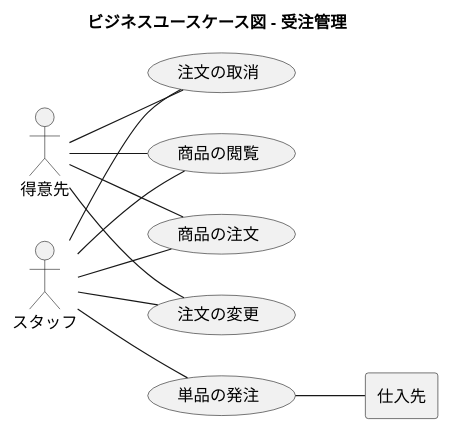
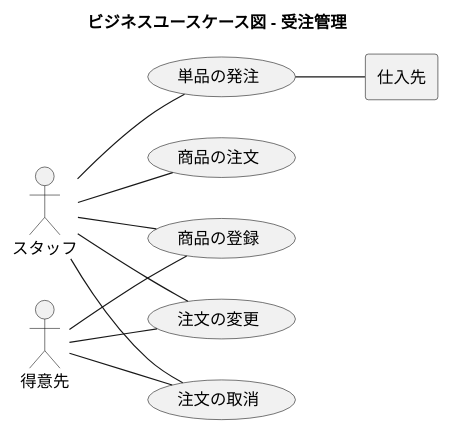
One commit to k2works/application_programing_excercise_2022 changed the sixth of 32 diagrams in docs/index.adoc. Above: the diagram before and after it, drawn with PlantUML. The commit also changed other lines of this file, not shown here.

Commit message:
docs: ユースケース複合図

```diff
--- a/docs/index.adoc
+++ b/docs/index.adoc
@@ -254,35 +254,34 @@
 [plantuml]
 ----
 @startuml
 
 title ビジネスユースケース図 - 受注管理
 
 left to right direction
 
 actor 得意先 as ac_01
 actor スタッフ as ac_02
 agent 仕入先 as ag_01
 
-usecase 商品の閲覧 as uc_01
+usecase 商品の登録 as uc_01
 usecase 商品の注文 as uc_02
 usecase 単品の発注 as uc_03
 usecase 注文の変更 as uc_04
 usecase 注文の取消 as uc_05
 
 ac_01 -- (uc_01)
-ac_01 -- (uc_02)
 
 ac_02 -- (uc_01)
 ac_02 -- (uc_02)
 
 ac_02 -- (uc_03)
 (uc_03) -- ag_01
 
 ac_01 -- (uc_04)
 ac_02 -- (uc_04)
 
 ac_01 -- (uc_05)
 ac_02 -- (uc_05)
 
 @enduml
 ----
```
